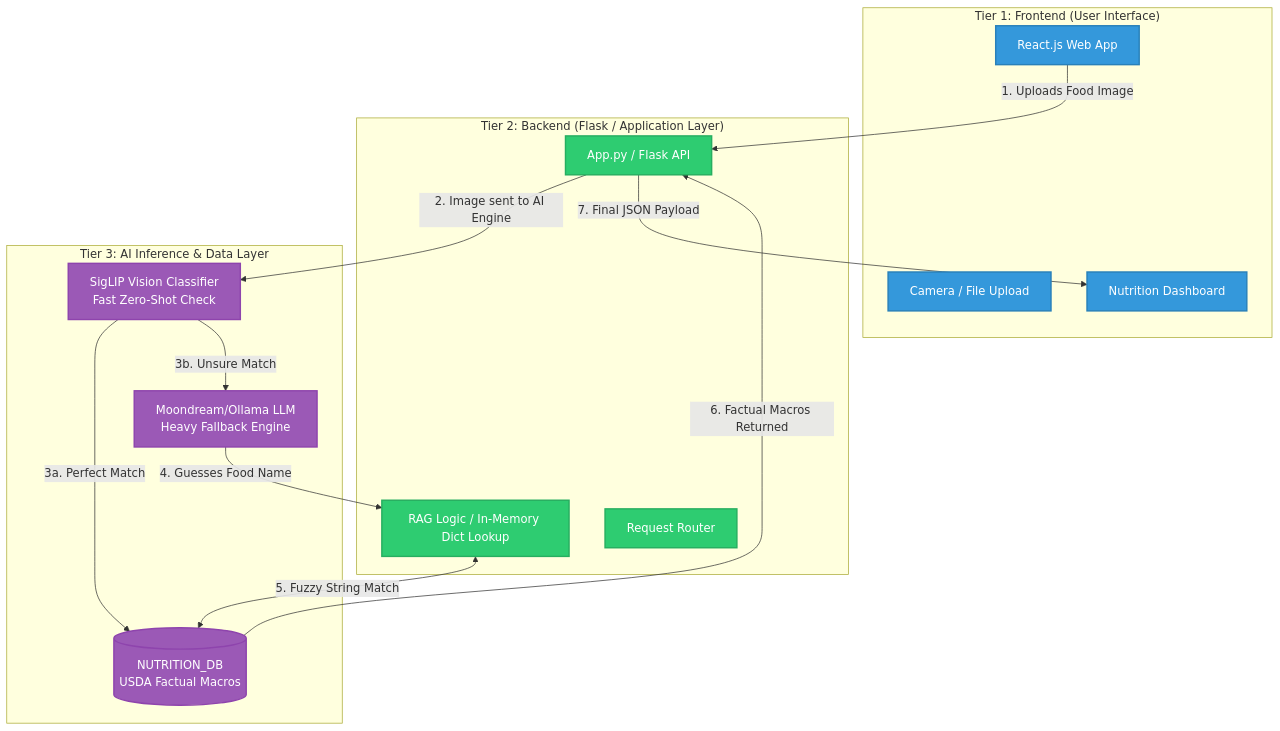
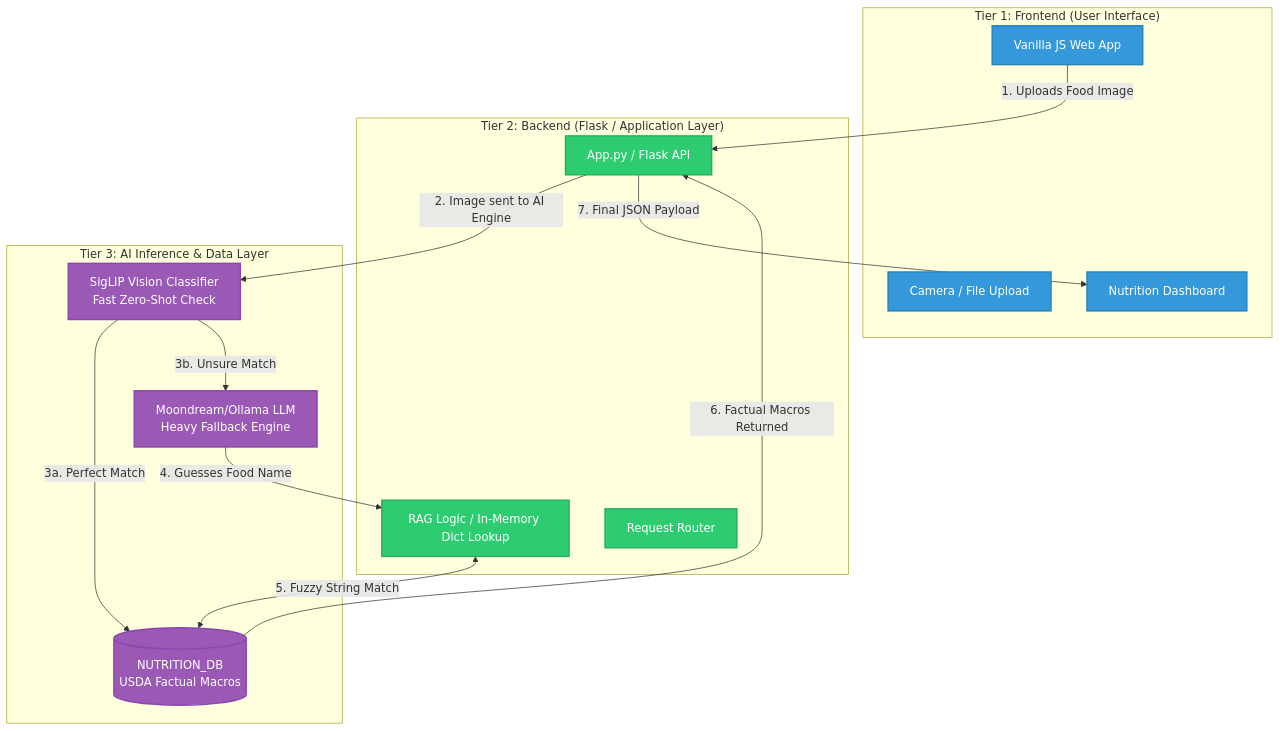
The diagram in architecture.mmd (SaiPhaniAnirudh/Nutritrack), drawn with Mermaid before and after one commit. The commit also changed 3 other files, not shown here.

Commit message:
Cleanup: remove dead code, unused deps, junk files, and fix architecture label

```diff
--- a/architecture.mmd
+++ b/architecture.mmd
@@ -1,38 +1,38 @@
 graph TD
     subgraph Frontend ["Tier 1: Frontend (User Interface)"]
-        UI[React.js Web App]
+        UI[Vanilla JS Web App]
         Cam[Camera / File Upload]
         Dash[Nutrition Dashboard]
     end
 
     subgraph Backend ["Tier 2: Backend (Flask / Application Layer)"]
         API[App.py / Flask API]
         RAG[RAG Logic / In-Memory Dict Lookup]
         Router[Request Router]
     end
 
     subgraph AI ["Tier 3: AI Inference & Data Layer"]
         SigLIP[SigLIP Vision Classifier\nFast Zero-Shot Check]
         LLM[Moondream/Ollama LLM\nHeavy Fallback Engine]
         DB[(NUTRITION_DB\nUSDA Factual Macros)]
     end
 
     %% Flow of data
     UI -->|1. Uploads Food Image| API
     API -->|2. Image sent to AI Engine| SigLIP
     SigLIP -->|3a. Perfect Match| DB
     SigLIP -->|3b. Unsure Match| LLM
     
     LLM -->|4. Guesses Food Name| RAG
     RAG <-->|5. Fuzzy String Match| DB
     
     DB -->|6. Factual Macros Returned| API
     API -->|7. Final JSON Payload| Dash
 
     classDef frontend fill:#3498db,stroke:#2980b9,stroke-width:2px,color:white;
     classDef backend fill:#2ecc71,stroke:#27ae60,stroke-width:2px,color:white;
     classDef data fill:#9b59b6,stroke:#8e44ad,stroke-width:2px,color:white;
 
     class UI,Cam,Dash frontend;
     class API,RAG,Router backend;
     class SigLIP,LLM,DB data;
```
